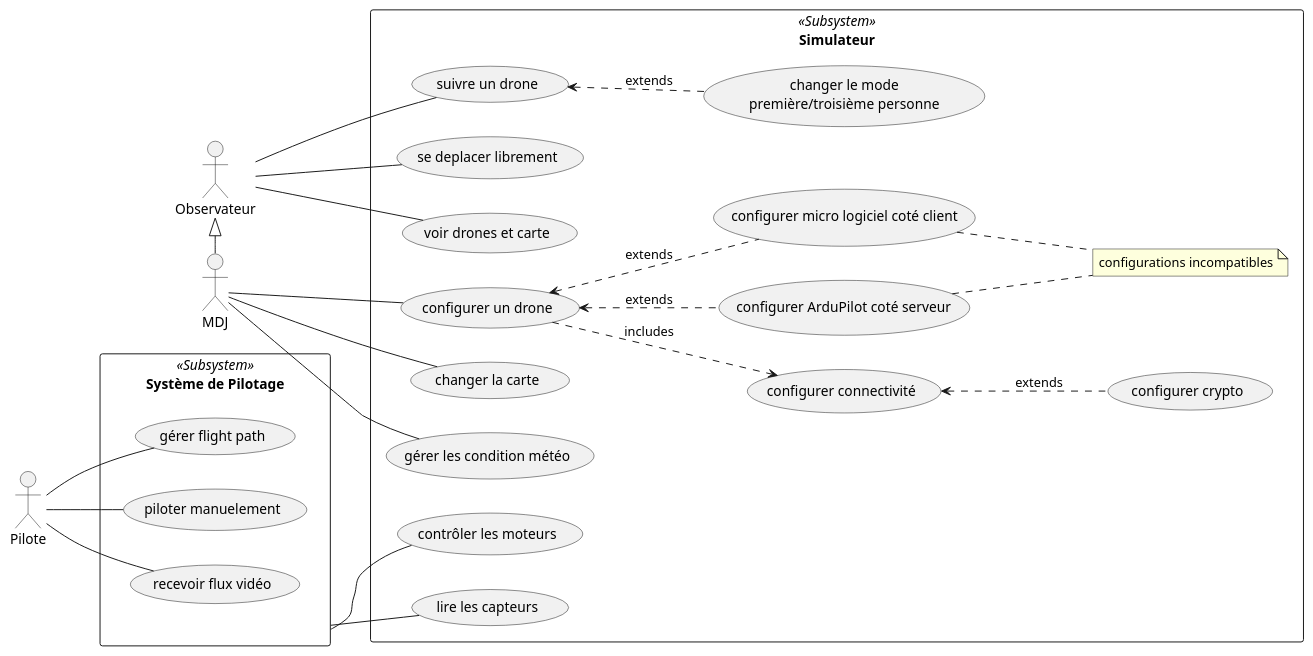
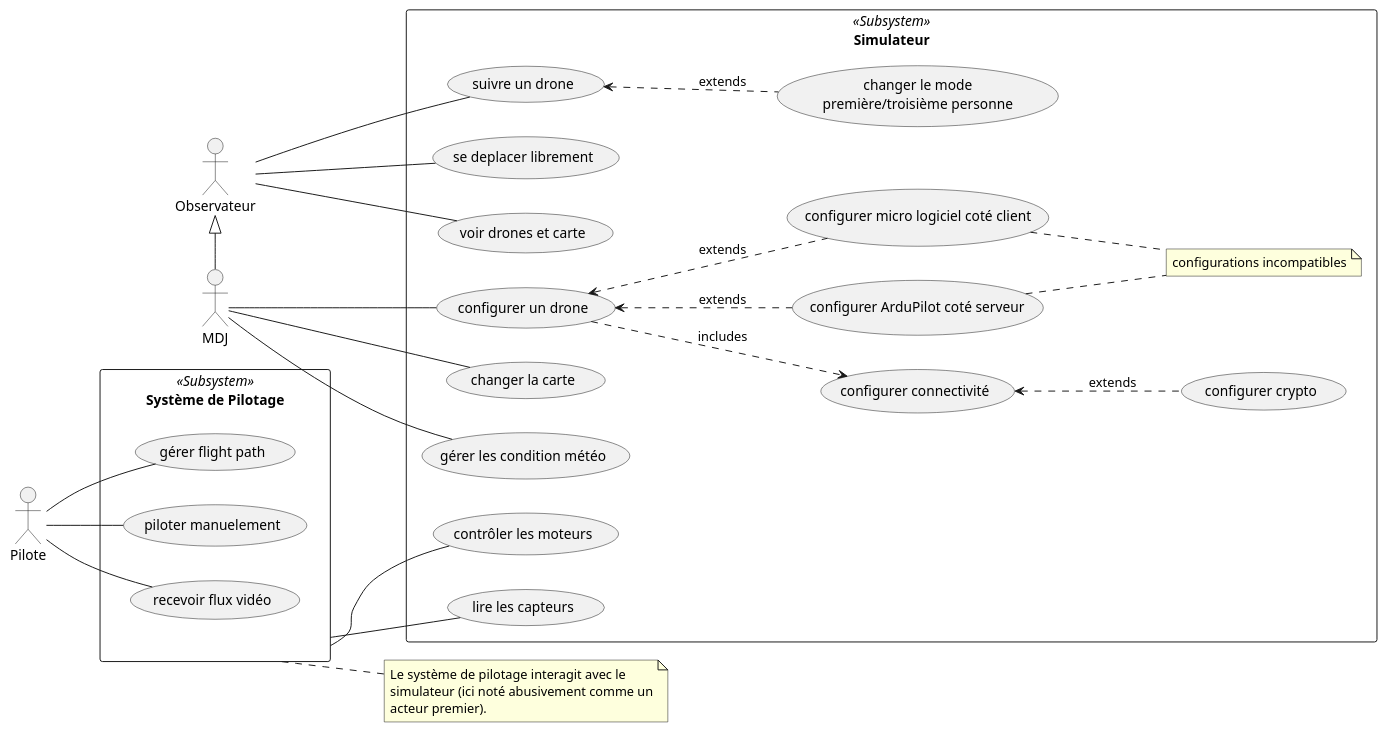
One commit to tombartos/SAE-DRONE changed the diagram in doc/simulateur_uc.puml. Above: the diagram before and after it, drawn with PlantUML. The commit also changed 3 other files, not shown here.

Commit message:
Précisions concernant diagramme UC

```diff
--- a/doc/simulateur_uc.puml
+++ b/doc/simulateur_uc.puml
@@ -1,51 +1,57 @@
 @startuml
 
 left to right direction
 
 actor Observateur
 actor MDJ
 actor Pilote
 'actor Admin
 
 rectangle "Système de Pilotage" <<Subsystem>> as SysPilot {
     Pilote -- (gérer flight path)
     Pilote -- (piloter manuelement)
     Pilote -- (recevoir flux vidéo)
 }
+
+note right of SysPilot
+Le système de pilotage interagit avec le
+simulateur (ici noté abusivement comme un
+acteur premier).
+end note
 
 MDJ -left-|> Observateur
 
 rectangle Simulateur <<Subsystem>> {
 
     usecase (suivre un drone) as follow_drone
 
     follow_drone <.down. (changer le mode\npremière/troisième personne) : extends
 
     Observateur -- (se deplacer librement)
     Observateur -- (voir drones et carte)
     Observateur -- follow_drone
 
     usecase (configurer un drone) as cfg_drone
     usecase (configurer connectivité) as cfg_conn
     usecase (configurer crypto) as cfg_crypt
     usecase (configurer ArduPilot coté serveur) as cfg_ardu_ss
     usecase (configurer micro logiciel coté client) as cfg_ardu_cs
     note "configurations incompatibles" as mutex1
 
     cfg_drone .down.> cfg_conn : includes
     cfg_conn <.down. cfg_crypt : extends
     cfg_drone <.down. cfg_ardu_ss : extends
     cfg_drone <.down. cfg_ardu_cs : extends
     cfg_ardu_ss .. mutex1
     cfg_ardu_cs .. mutex1
 
     MDJ -- (changer la carte)
     MDJ -- (gérer les condition météo)
     MDJ -- cfg_drone
 
     SysPilot -- (contrôler les moteurs)
     SysPilot -- (lire les capteurs)
 
 }
 
 @enduml
```
